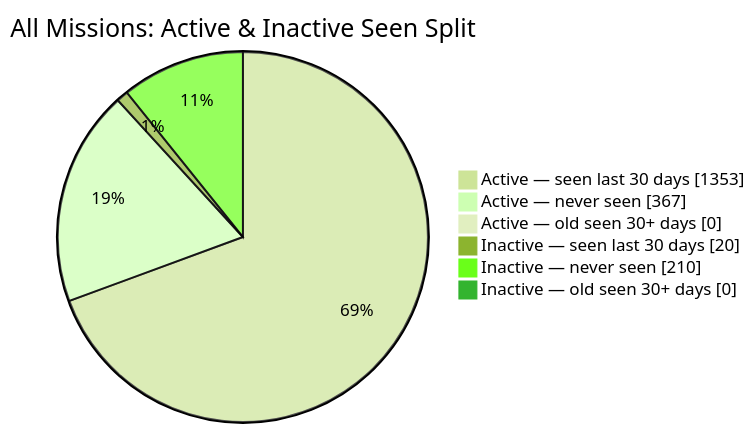
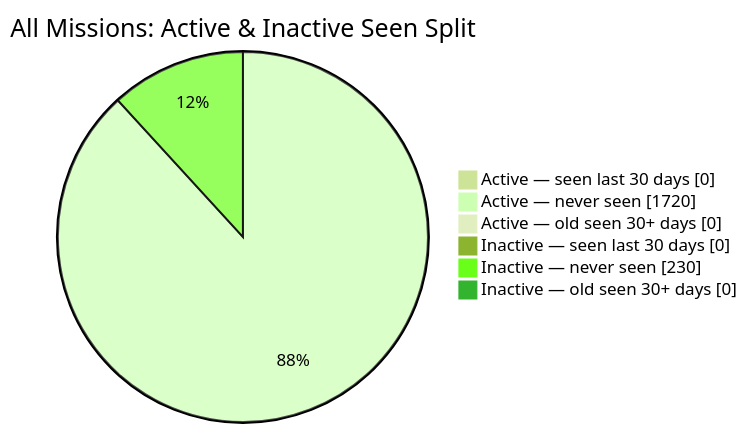
The second of 2 diagrams in README.md (MeldkamerspelGameTeam/active-missions), drawn with Mermaid (forest theme) before and after one commit. The commit also changed other lines of this file and 2 other files, not shown here.

````diff
--- a/README.md
+++ b/README.md
@@ -44,10 +44,10 @@
 ```mermaid
 pie showData
     title All Missions: Active & Inactive Seen Split
-    "Active — seen last 30 days" : 1353
-    "Active — never seen" : 367
+    "Active — seen last 30 days" : 0
+    "Active — never seen" : 1720
     "Active — old seen 30+ days" : 0
-    "Inactive — seen last 30 days" : 20
-    "Inactive — never seen" : 210
+    "Inactive — seen last 30 days" : 0
+    "Inactive — never seen" : 230
     "Inactive — old seen 30+ days" : 0
 ```
````
